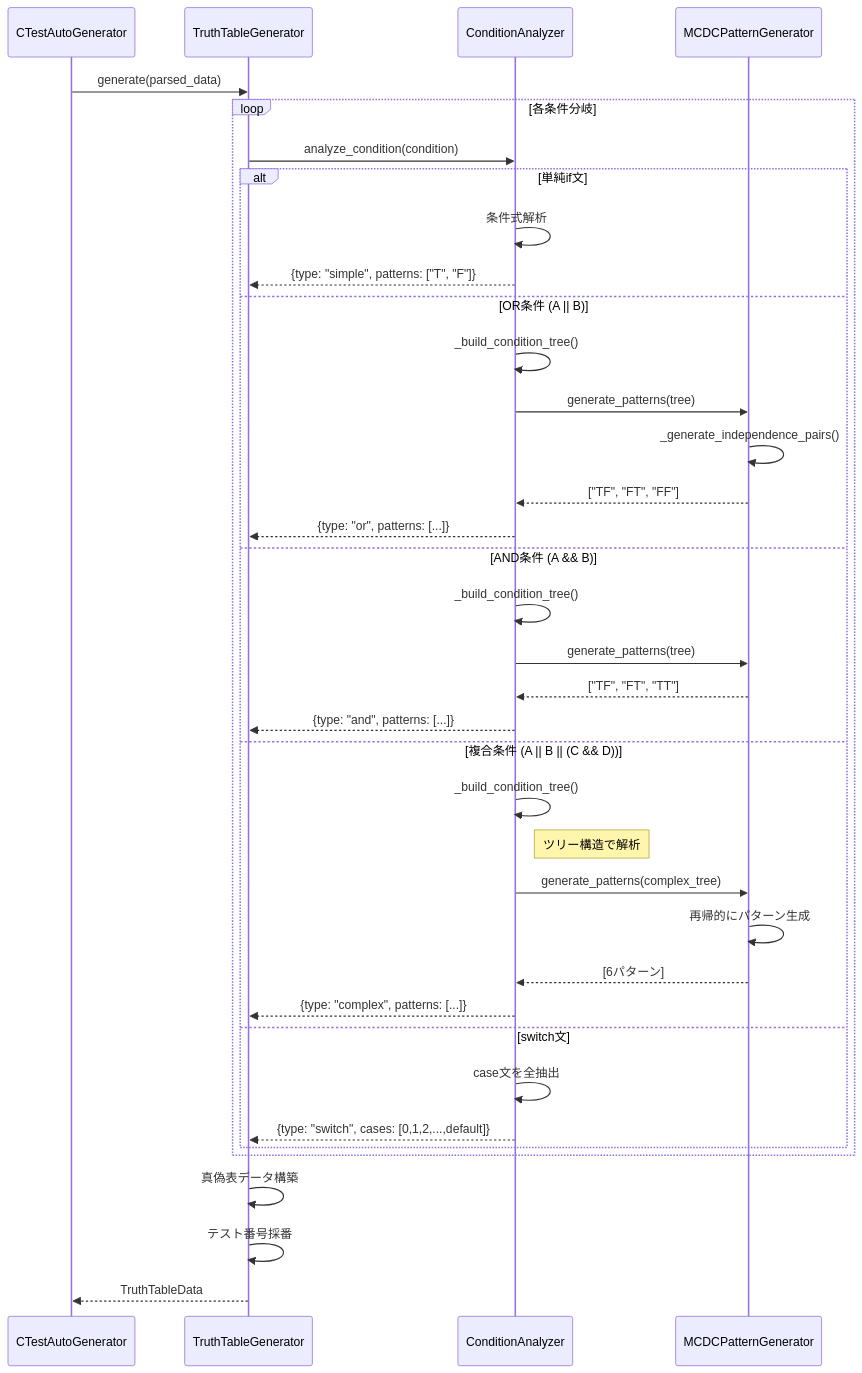
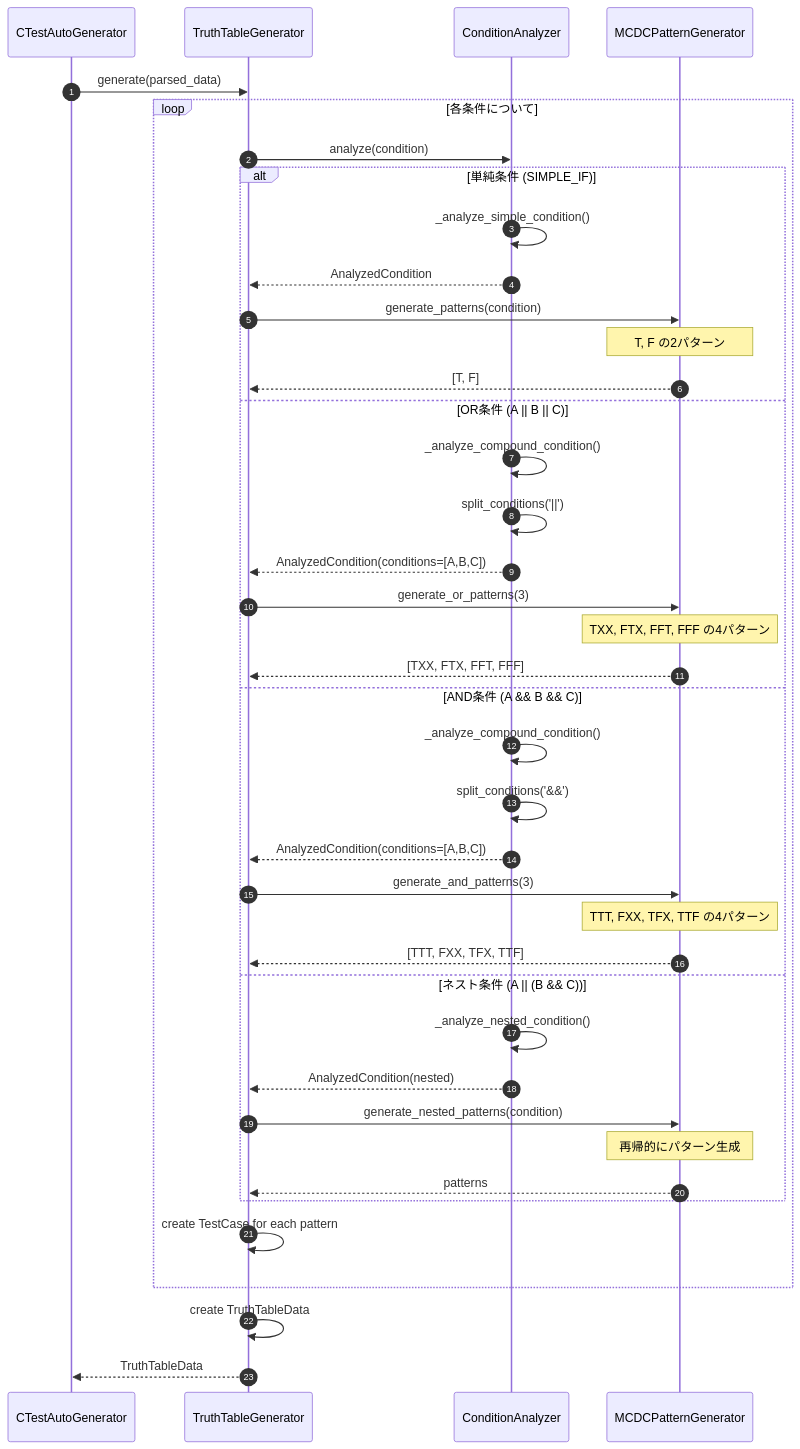
One commit to ryu5791/AutoUniTestGen changed the eighth of 12 diagrams in doc/design_sequence_diagram.md. Above: the diagram before and after it, drawn with Mermaid. The commit also changed other lines of this file and 7 other files, not shown here.

````diff
--- a/doc/design_sequence_diagram.md
+++ b/doc/design_sequence_diagram.md
@@ -227,47 +353,50 @@
 ```mermaid
 sequenceDiagram
-    participant Main as CTestAutoGenerator
-    participant TruthGen as TruthTableGenerator
-    participant CondAnalyzer as ConditionAnalyzer
-    participant MCDCGen as MCDCPatternGenerator
-
-    Main->>TruthGen: generate(parsed_data)
+    autonumber
+    participant Gen as CTestAutoGenerator
+    participant TTGen as TruthTableGenerator
+    participant Analyzer as ConditionAnalyzer
+    participant MCDC as MCDCPatternGenerator
     
-    loop 各条件分岐
-        TruthGen->>CondAnalyzer: analyze_condition(condition)
+    Gen->>TTGen: generate(parsed_data)
+    
+    loop 各条件について
+        TTGen->>Analyzer: analyze(condition)
         
-        alt 単純if文
-            CondAnalyzer->>CondAnalyzer: 条件式解析
-            CondAnalyzer-->>TruthGen: {type: "simple", patterns: ["T", "F"]}
+        alt 単純条件 (SIMPLE_IF)
+            Analyzer->>Analyzer: _analyze_simple_condition()
+            Analyzer-->>TTGen: AnalyzedCondition
+            TTGen->>MCDC: generate_patterns(condition)
+            Note over MCDC: T, F の2パターン
+            MCDC-->>TTGen: [T, F]
             
-        else OR条件 (A || B)
-            CondAnalyzer->>CondAnalyzer: _build_condition_tree()
-            CondAnalyzer->>MCDCGen: generate_patterns(tree)
-            MCDCGen->>MCDCGen: _generate_independence_pairs()
-            MCDCGen-->>CondAnalyzer: ["TF", "FT", "FF"]
-            CondAnalyzer-->>TruthGen: {type: "or", patterns: [...]}
+        else OR条件 (A || B || C)
+            Analyzer->>Analyzer: _analyze_compound_condition()
+            Analyzer->>Analyzer: split_conditions('||')
+            Analyzer-->>TTGen: AnalyzedCondition(conditions=[A,B,C])
+            TTGen->>MCDC: generate_or_patterns(3)
+            Note over MCDC: TXX, FTX, FFT, FFF の4パターン
+            MCDC-->>TTGen: [TXX, FTX, FFT, FFF]
             
-        else AND条件 (A && B)
-            CondAnalyzer->>CondAnalyzer: _build_condition_tree()
-            CondAnalyzer->>MCDCGen: generate_patterns(tree)
-            MCDCGen-->>CondAnalyzer: ["TF", "FT", "TT"]
-            CondAnalyzer-->>TruthGen: {type: "and", patterns: [...]}
+        else AND条件 (A && B && C)
+            Analyzer->>Analyzer: _analyze_compound_condition()
+            Analyzer->>Analyzer: split_conditions('&&')
+            Analyzer-->>TTGen: AnalyzedCondition(conditions=[A,B,C])
+            TTGen->>MCDC: generate_and_patterns(3)
+            Note over MCDC: TTT, FXX, TFX, TTF の4パターン
+            MCDC-->>TTGen: [TTT, FXX, TFX, TTF]
             
-        else 複合条件 (A || B || (C && D))
-            CondAnalyzer->>CondAnalyzer: _build_condition_tree()
-            Note right of CondAnalyzer: ツリー構造で解析
-            CondAnalyzer->>MCDCGen: generate_patterns(complex_tree)
-            MCDCGen->>MCDCGen: 再帰的にパターン生成
-            MCDCGen-->>CondAnalyzer: [6パターン]
-            CondAnalyzer-->>TruthGen: {type: "complex", patterns: [...]}
-            
-        else switch文
-            CondAnalyzer->>CondAnalyzer: case文を全抽出
-            CondAnalyzer-->>TruthGen: {type: "switch", cases: [0,1,2,...,default]}
+        else ネスト条件 (A || (B && C))
+            Analyzer->>Analyzer: _analyze_nested_condition()
+            Analyzer-->>TTGen: AnalyzedCondition(nested)
+            TTGen->>MCDC: generate_nested_patterns(condition)
+            Note over MCDC: 再帰的にパターン生成
+            MCDC-->>TTGen: patterns
         end
+        
+        TTGen->>TTGen: create TestCase for each pattern
     end
     
-    TruthGen->>TruthGen: 真偽表データ構築
-    TruthGen->>TruthGen: テスト番号採番
-    TruthGen-->>Main: TruthTableData
+    TTGen->>TTGen: create TruthTableData
+    TTGen-->>Gen: TruthTableData
 ```
````
